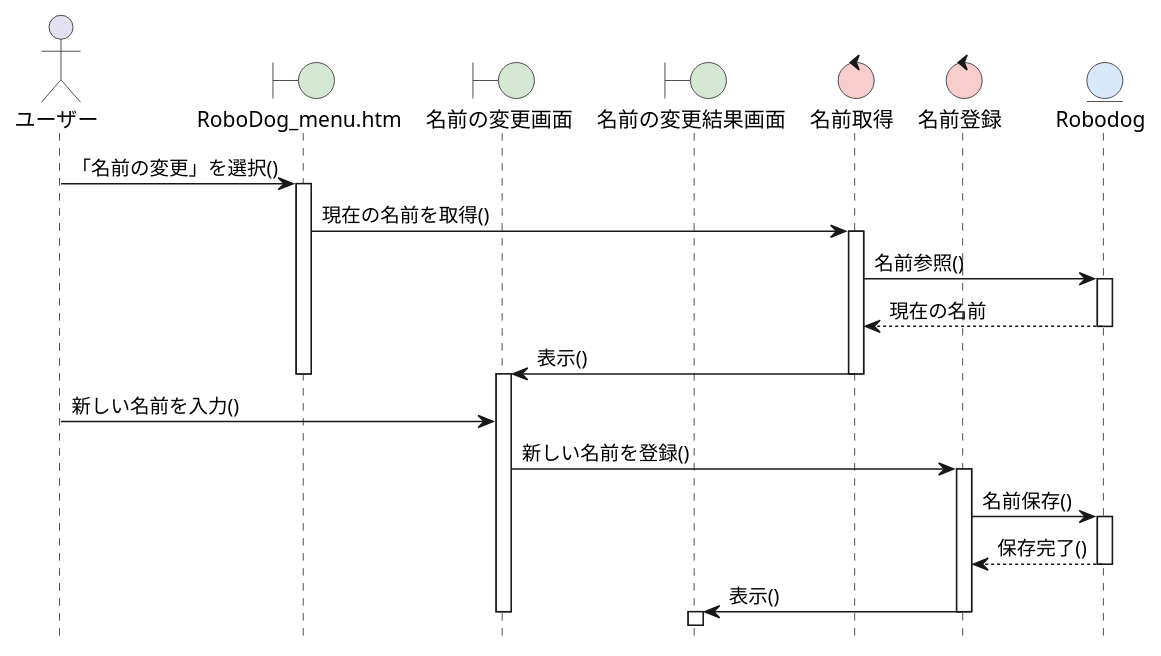
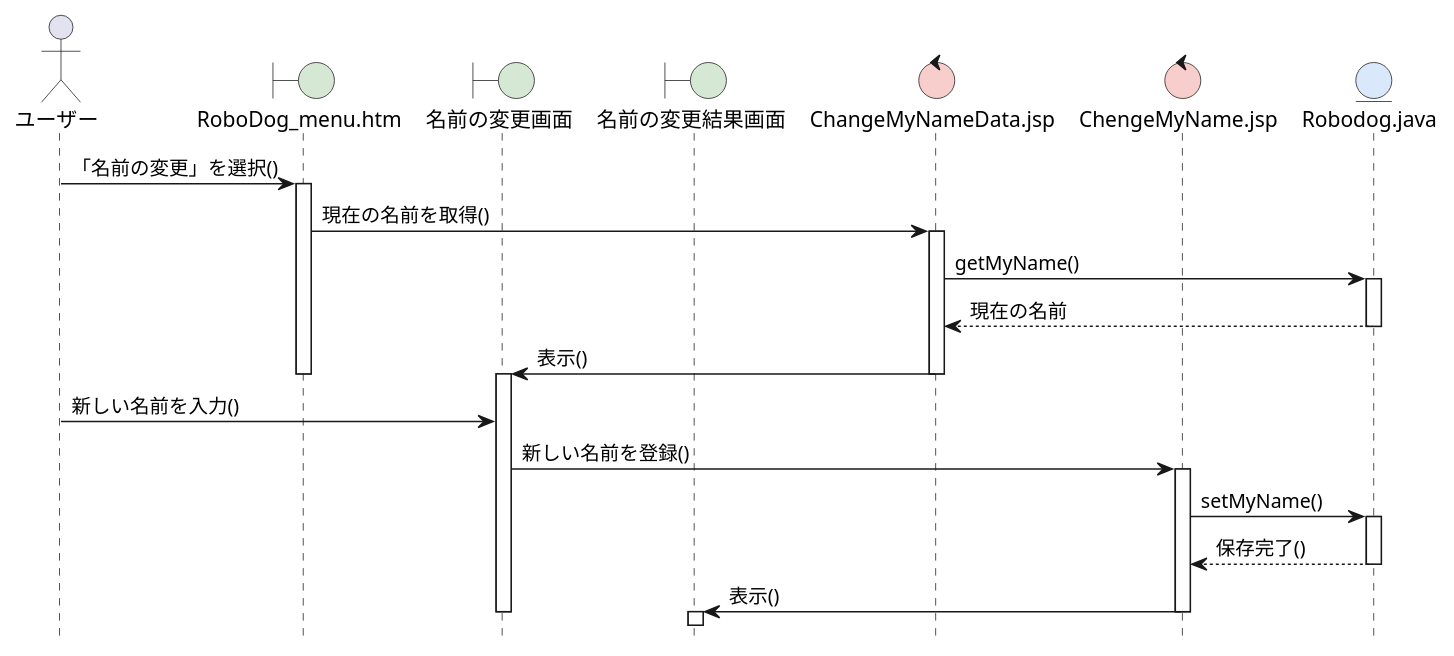
One commit to ko246/ohara_uml changed the diagram in 06_robo_dog/sequence_01_change_name.pu. Above: the diagram before and after it, drawn with PlantUML. The commit also changed 3 other files, not shown here.

```diff
--- a/06_robo_dog/sequence_01_change_name.pu
+++ b/06_robo_dog/sequence_01_change_name.pu
@@ -1,43 +1,43 @@
 @startuml RoboDogシステム-名前変更シーケンス図
 hide footbox
 skinparam boundaryBackgroundColor #D5E8D4
 skinparam controlBackgroundColor  #F8CECC
 skinparam entityBackgroundColor   #DAE8FC
 
 actor ユーザー as A
 boundary "RoboDog_menu.htm" as B1
 boundary 名前の変更画面 as B2
 boundary 名前の変更結果画面 as B3
-control 名前取得 as C1
-control 名前登録 as C2
-entity Robodog as E
+control "ChangeMyNameData.jsp" as C1
+control "ChengeMyName.jsp" as C2
+entity "Robodog.java" as E
 
 A -> B1: 「名前の変更」を選択()
 activate B1
 
 B1 -> C1: 現在の名前を取得()
 activate C1
-C1 -> E: 名前参照()
+C1 -> E: getMyName()
 activate E
 E --> C1: 現在の名前
 deactivate E
 C1 -> B2: 表示()
 deactivate C1
 deactivate B1
 activate B2
 
 A -> B2: 新しい名前を入力()
 
 B2 -> C2: 新しい名前を登録()
 activate C2
-C2 -> E: 名前保存()
+C2 -> E: setMyName()
 activate E
 E --> C2: 保存完了()
 deactivate E
 
 C2 -> B3: 表示()
 deactivate C2
 deactivate B2
 activate B3
 
 @enduml
```
